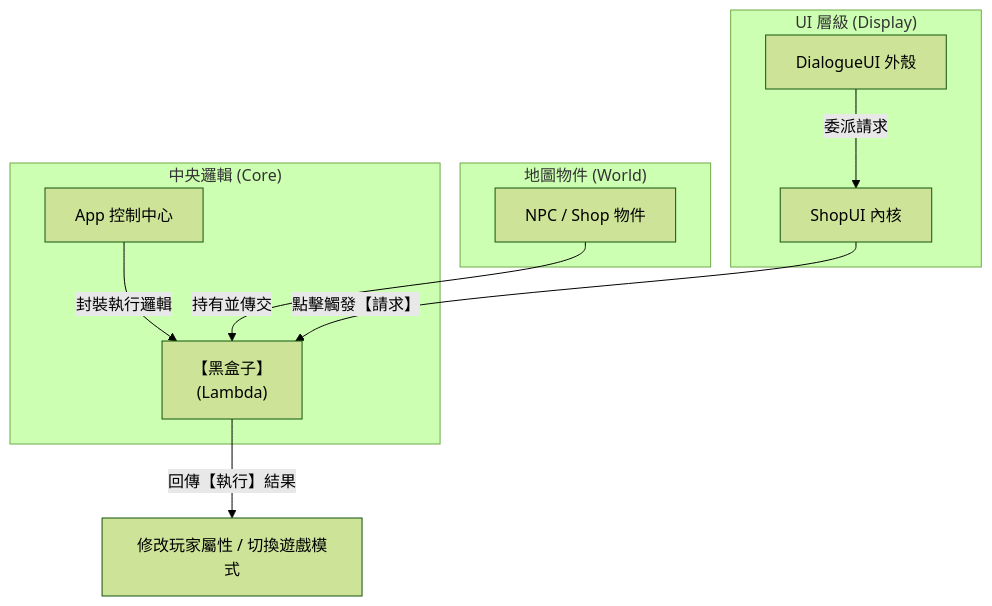
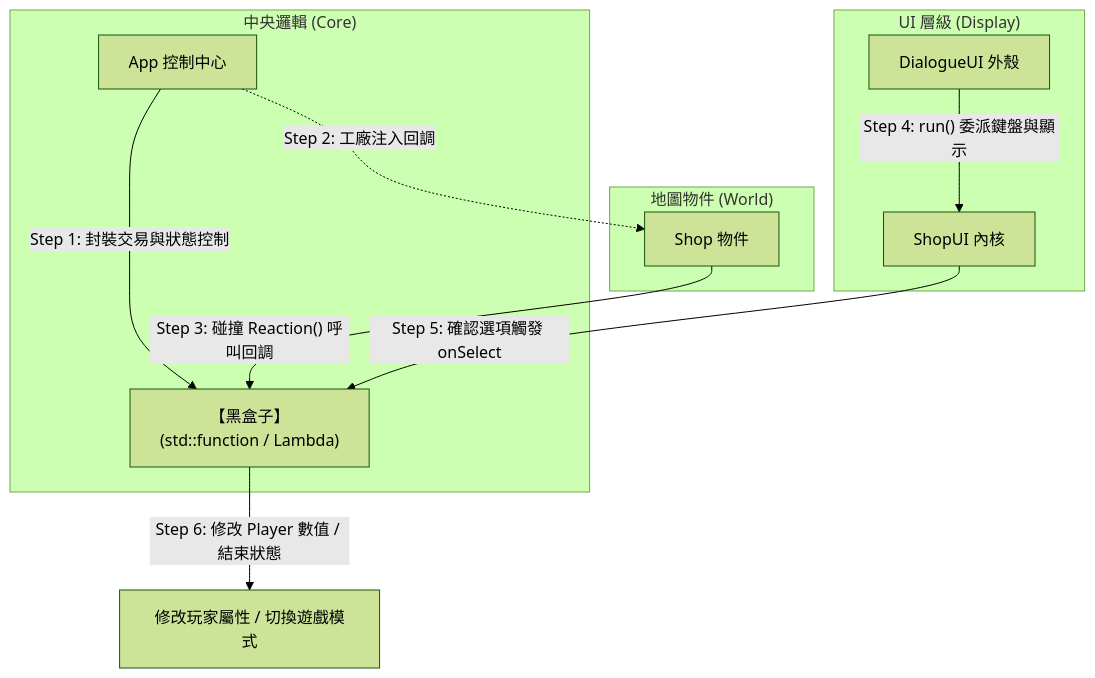
Before and after one commit to XWJWPIY/schoolwork_recreate_magic_tower: the seventh of 7 diagrams in 2026OOPL_Final.md, drawn with Mermaid (forest theme). The commit also changed other lines of this file, not shown here.

````diff
--- a/2026OOPL_Final.md
+++ b/2026OOPL_Final.md
@@ -321,17 +371,19 @@
 ```mermaid
 graph TD
     subgraph "中央邏輯 (Core)"
-    App[App 控制中心] -- 封裝執行邏輯 --> Box["【黑盒子】<br/>(Lambda)"]
+    App[App 控制中心] -- "Step 1: 封裝交易與狀態控制" --> Box["【黑盒子】<br/>(std::function / Lambda)"]
     end
 
     subgraph "地圖物件 (World)"
-    Obj[NPC / Shop 物件] -- 持有並傳交 --> Box
+    Obj[Shop 物件] -- "Step 3: 碰撞 Reaction() 呼叫回調" --> Box
     end
 
     subgraph "UI 層級 (Display)"
-    UI[DialogueUI 外殼] -- 委派請求 --> SU[ShopUI 內核]
-    SU -- 點擊觸發【請求】 --> Box
+    UI[DialogueUI 外殼] -- "Step 4: run() 委派鍵盤與顯示" --> SU[ShopUI 內核]
+    SU -- "Step 5: 確認選項觸發 onSelect" --> Box
     end
 
-    Box -- 回傳【執行】結果 --> Effect[修改玩家屬性 / 切換遊戲模式]
+    Box -- "Step 6: 修改 Player 數值 / 結束狀態" --> Effect[修改玩家屬性 / 切換遊戲模式]
+
+    App -.->|Step 2: 工廠注入回調| Obj
 ```
````
